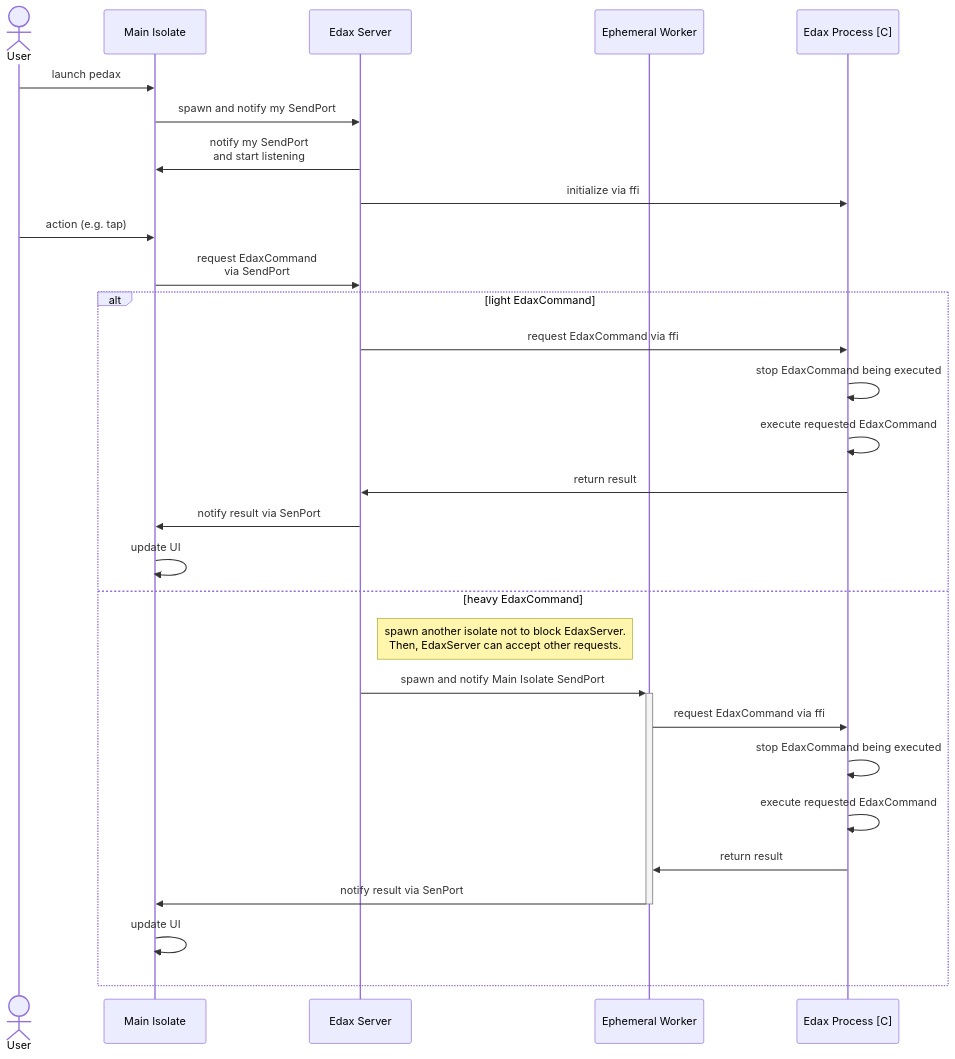
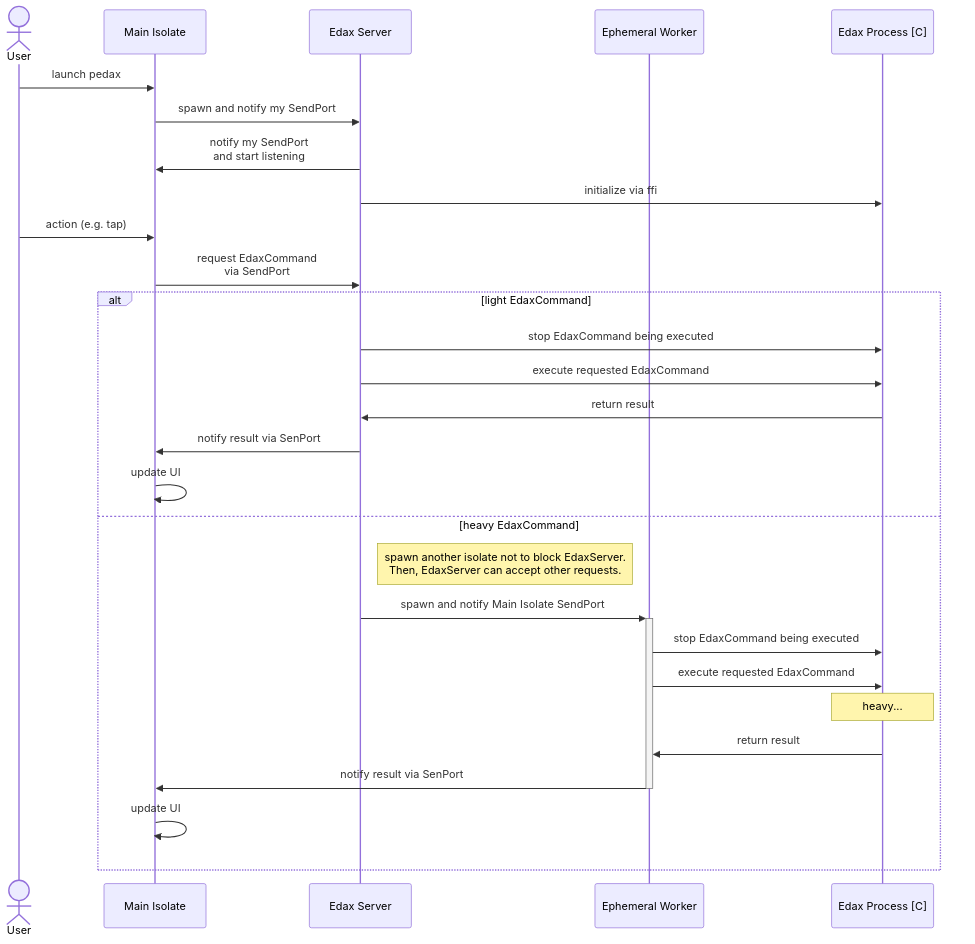
The diagram in README.md (sensuikan1973/pedax), drawn with Mermaid before and after one commit.

````diff
--- a/README.md
+++ b/README.md
@@ -56,41 +56,40 @@
 ```mermaid
 %% https://mermaid-js.github.io/mermaid/#/sequenceDiagram
 sequenceDiagram
   actor User
   participant MainIsolate as Main Isolate
   participant EdaxServer as Edax Server
   participant EphemeralWorker as Ephemeral Worker
   participant EdaxProcess as Edax Process [C]
 
   link EdaxServer: source @ https://github.com/sensuikan1973/pedax/tree/main/lib/engine
   link EdaxServer: caller @ https://github.com/sensuikan1973/pedax/blob/main/lib/models/board_notifier.dart
   link EphemeralWorker: source @ https://github.com/sensuikan1973/pedax/tree/main/lib/engine
   link EdaxProcess: binding source (Dart) @ https://github.com/sensuikan1973/libedax4dart
   link EdaxProcess: origin source(C) @ https://github.com/sensuikan1973/edax-reversi/tree/libedax_sensuikan1973
 
   User ->> MainIsolate: launch pedax
   MainIsolate ->> EdaxServer: spawn and notify my SendPort
   EdaxServer ->> MainIsolate: notify my SendPort<br/>and start listening
   EdaxServer ->> EdaxProcess: initialize via ffi
 
   User ->> MainIsolate: action (e.g. tap)
   MainIsolate ->> EdaxServer: request EdaxCommand<br/>via SendPort
 
   alt light EdaxCommand
-    EdaxServer ->> EdaxProcess: request EdaxCommand via ffi
-    EdaxProcess ->> EdaxProcess: stop EdaxCommand being executed
-    EdaxProcess ->> EdaxProcess: execute requested EdaxCommand
+    EdaxServer ->> EdaxProcess: stop EdaxCommand being executed
+    EdaxServer ->> EdaxProcess: execute requested EdaxCommand
     EdaxProcess ->> EdaxServer: return result
     EdaxServer ->> MainIsolate: notify result via SenPort
     MainIsolate ->> MainIsolate: update UI
   else heavy EdaxCommand
     note right of EdaxServer: spawn another isolate not to block EdaxServer.<br>Then, EdaxServer can accept other requests.
     EdaxServer ->>+ EphemeralWorker: spawn and notify Main Isolate SendPort
-    EphemeralWorker ->> EdaxProcess: request EdaxCommand via ffi
-    EdaxProcess ->> EdaxProcess: stop EdaxCommand being executed
-    EdaxProcess ->> EdaxProcess: execute requested EdaxCommand
+    EphemeralWorker ->> EdaxProcess: stop EdaxCommand being executed
+    EphemeralWorker ->> EdaxProcess: execute requested EdaxCommand
+    note over EdaxProcess: heavy...
     EdaxProcess ->> EphemeralWorker: return result
     EphemeralWorker ->>- MainIsolate: notify result via SenPort
     MainIsolate ->> MainIsolate: update UI
   end
 ```
````
